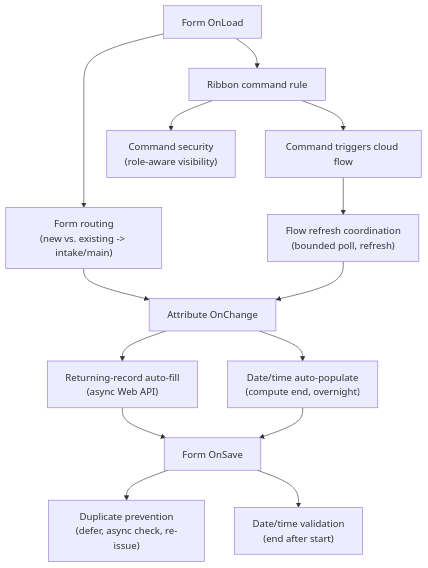
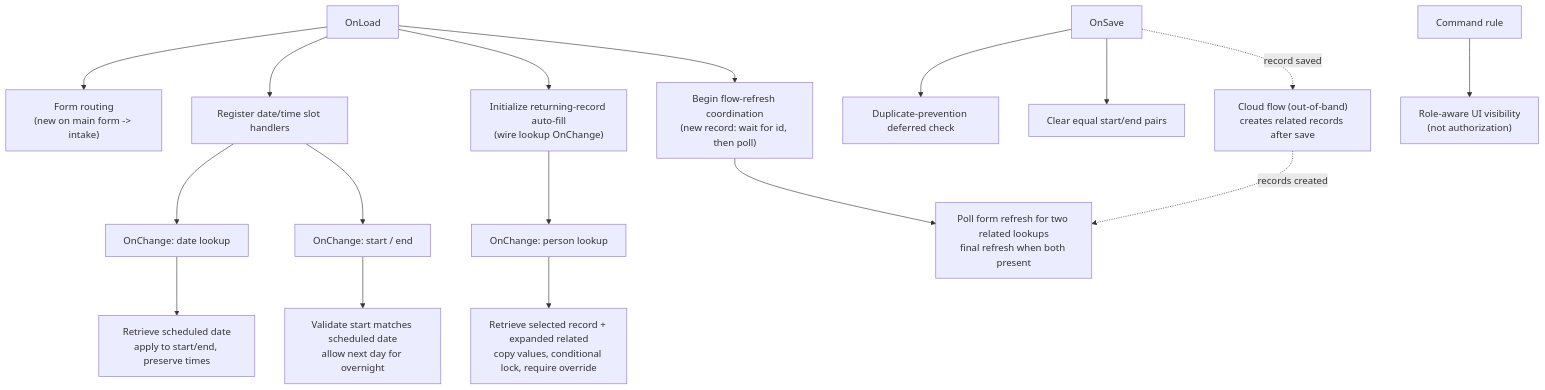
Before and after one commit to TheLittlestAskew/nonprofit-power-platform-ecosystem: the diagram in architecture/model-driven-web-resource-lifecycle.md, drawn with Mermaid. The commit also changed other lines of this file and 10 other files, not shown here.

````diff
--- a/architecture/model-driven-web-resource-lifecycle.md
+++ b/architecture/model-driven-web-resource-lifecycle.md
@@ -12,27 +12,41 @@
 ```mermaid
 flowchart TD
-    LOAD["Form OnLoad"]
-    ROUTE["Form routing\n(new vs. existing -> intake/main)"]
-    CHANGE["Attribute OnChange"]
-    AUTOFILL["Returning-record auto-fill\n(async Web API)"]
-    DATETIME["Date/time auto-populate\n(compute end, overnight)"]
-    SAVE["Form OnSave"]
-    DUP["Duplicate prevention\n(defer, async check, re-issue)"]
-    VALIDATE["Date/time validation\n(end after start)"]
-    COMMAND["Ribbon command rule"]
-    SECURITY["Command security\n(role-aware visibility)"]
-    FLOW["Command triggers cloud flow"]
-    REFRESH["Flow refresh coordination\n(bounded poll, refresh)"]
+    LOAD["OnLoad"]
+    ROUTE["Form routing\n(new on main form -> intake)"]
+    REGDT["Register date/time slot handlers"]
+    INITAF["Initialize returning-record auto-fill\n(wire lookup OnChange)"]
+    COORD["Begin flow-refresh coordination\n(new record: wait for id, then poll)"]
+
+    OCP["OnChange: person lookup"]
+    AF["Retrieve selected record + expanded related\ncopy values, conditional lock, require override"]
+
+    OCD["OnChange: date lookup"]
+    DT["Retrieve scheduled date\napply to start/end, preserve times"]
+
+    OCS["OnChange: start / end"]
+    VAL["Validate start matches scheduled date\nallow next day for overnight"]
+
+    SAVE["OnSave"]
+    DUP["Duplicate-prevention deferred check"]
+    CLEAN["Clear equal start/end pairs"]
+
+    CMD["Command rule"]
+    SEC["Role-aware UI visibility\n(not authorization)"]
+
+    FLOW["Cloud flow (out-of-band)\ncreates related records after save"]
+    REFRESH["Poll form refresh for two related lookups\nfinal refresh when both present"]
 
     LOAD --> ROUTE
-    LOAD --> COMMAND
-    COMMAND --> SECURITY
-    ROUTE --> CHANGE
-    CHANGE --> AUTOFILL
-    CHANGE --> DATETIME
-    AUTOFILL --> SAVE
-    DATETIME --> SAVE
+    LOAD --> REGDT
+    LOAD --> INITAF
+    LOAD --> COORD
+    INITAF --> OCP --> AF
+    REGDT --> OCD --> DT
+    REGDT --> OCS --> VAL
     SAVE --> DUP
-    SAVE --> VALIDATE
-    COMMAND --> FLOW --> REFRESH --> CHANGE
+    SAVE --> CLEAN
+    CMD --> SEC
+    SAVE -. "record saved" .-> FLOW
+    FLOW -. "records created" .-> REFRESH
+    COORD --> REFRESH
 ```
````
